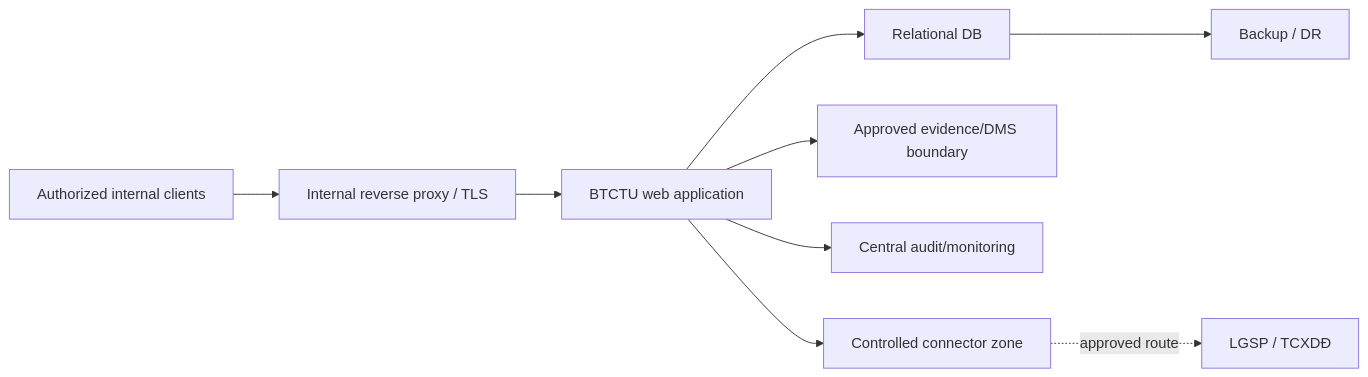
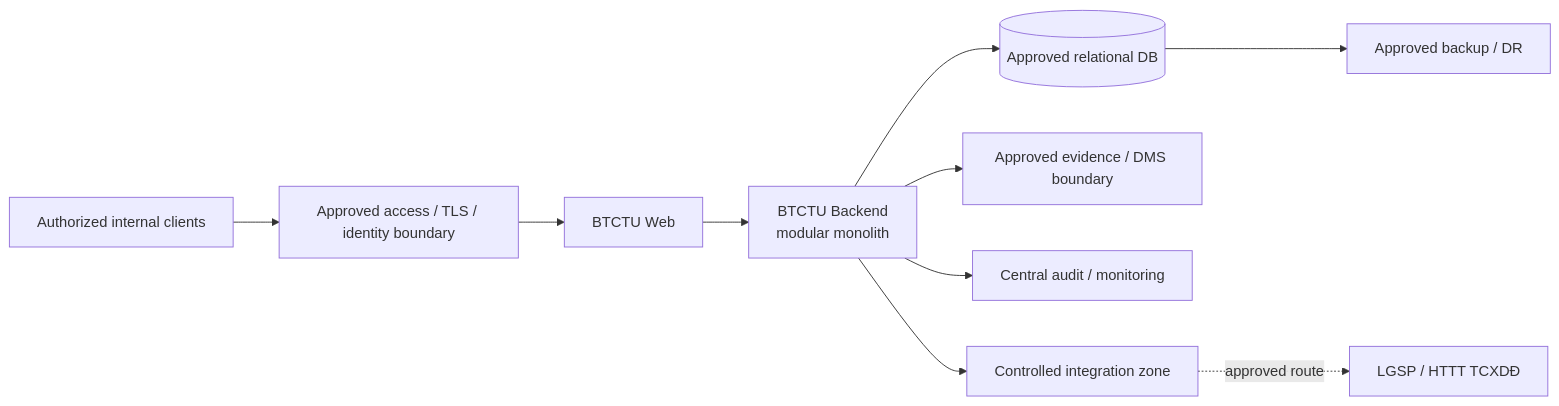
Before and after one commit to chotr/BTCTU: the second of 2 diagrams in docs/04-system-design/deployment.md, drawn with Mermaid. The commit also changed other lines of this file and 3 other files, not shown here.

Commit message:
docs: align architecture and implementation plan

````diff
--- a/docs/04-system-design/deployment.md
+++ b/docs/04-system-design/deployment.md
@@ -29,11 +39,12 @@
 ```mermaid
 flowchart LR
-  U["Authorized internal clients"] --> RP["Internal reverse proxy / TLS"]
-  RP --> APP["BTCTU web application"]
-  APP --> DB["Relational DB"]
-  APP --> OBJ["Approved evidence/DMS boundary"]
-  APP --> AUD["Central audit/monitoring"]
-  APP --> CONN["Controlled connector zone"]
-  CONN -. approved route .-> LGSP["LGSP / TCXDĐ"]
-  DB --> DR["Backup / DR"]
+  U["Authorized internal clients"] --> EDGE["Approved access / TLS / identity boundary"]
+  EDGE --> WEB["BTCTU Web"]
+  WEB --> API["BTCTU Backend\nmodular monolith"]
+  API --> DB[("Approved relational DB")]
+  API --> OBJ["Approved evidence / DMS boundary"]
+  API --> AUD["Central audit / monitoring"]
+  API --> CONN["Controlled integration zone"]
+  CONN -. "approved route" .-> LGSP["LGSP / HTTT TCXDĐ"]
+  DB --> DR["Approved backup / DR"]
 ```
````
